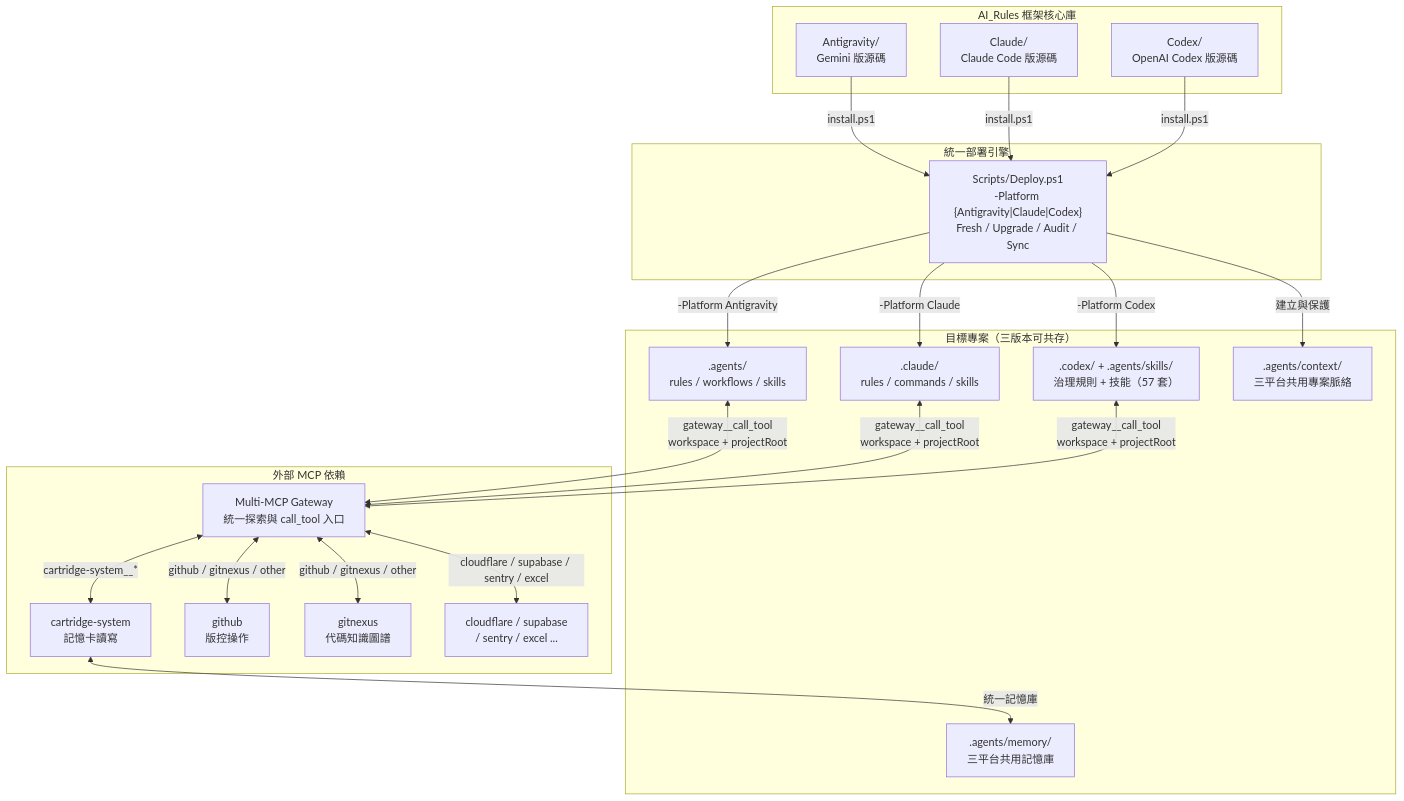
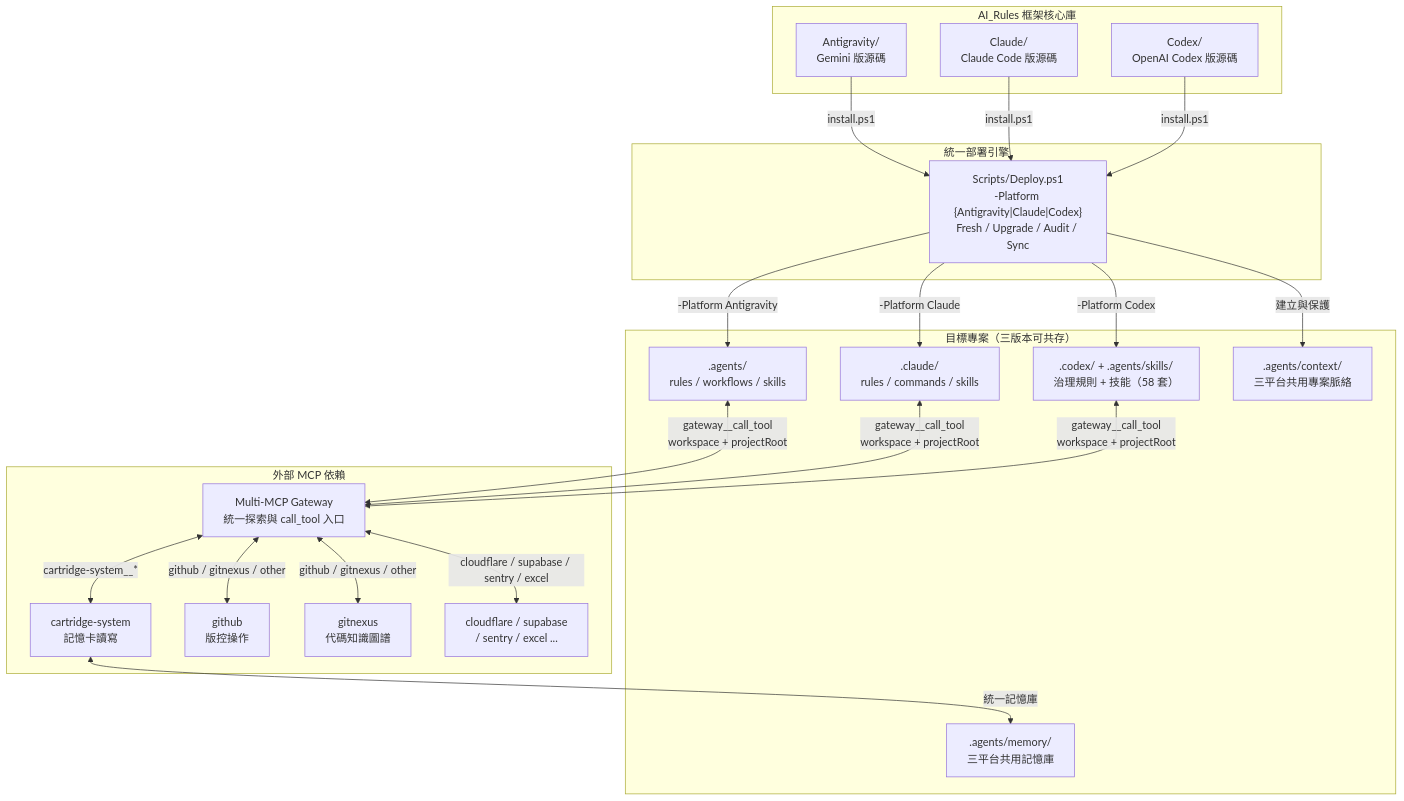
Before and after one commit to Kunshao1117/AI_Rules: the first of 3 diagrams in README.md, drawn with Mermaid. The commit also changed other lines of this file and 20 other files, not shown here.

````diff
--- a/README.md
+++ b/README.md
@@ -251,44 +253,44 @@
 ```mermaid
 graph TB
     subgraph "AI_Rules 框架核心庫"
         AG["Antigravity/<br/>Gemini 版源碼"]
         CL["Claude/<br/>Claude Code 版源碼"]
         CX["Codex/<br/>OpenAI Codex 版源碼"]
     end
 
     subgraph "統一部署引擎"
         DEPLOY["Scripts/Deploy.ps1<br/>-Platform {Antigravity|Claude|Codex}<br/>Fresh / Upgrade / Audit / Sync"]
     end
 
     subgraph "目標專案（三版本可共存）"
         AGE[".agents/<br/>rules / workflows / skills"]
         CLE[".claude/<br/>rules / commands / skills"]
-        CXE[".codex/ + .agents/skills/<br/>治理規則 + 技能（57 套）"]
+        CXE[".codex/ + .agents/skills/<br/>治理規則 + 技能（58 套）"]
         MEM[".agents/memory/<br/>三平台共用記憶庫"]
         CTX[".agents/context/<br/>三平台共用專案脈絡"]
     end
 
     subgraph "外部 MCP 依賴"
         GW["Multi-MCP Gateway<br/>統一探索與 call_tool 入口"]
         CART["cartridge-system<br/>記憶卡讀寫"]
         GH["github<br/>版控操作"]
         GN["gitnexus<br/>代碼知識圖譜"]
         OTHER["cloudflare / supabase<br/>/ sentry / excel ..."]
     end
 
     AG -->|"install.ps1"| DEPLOY
     CL -->|"install.ps1"| DEPLOY
     CX -->|"install.ps1"| DEPLOY
     DEPLOY -->|"-Platform Antigravity"| AGE
     DEPLOY -->|"-Platform Claude"| CLE
     DEPLOY -->|"-Platform Codex"| CXE
     AGE <-->|"gateway__call_tool<br/>workspace + projectRoot"| GW
     CLE <-->|"gateway__call_tool<br/>workspace + projectRoot"| GW
     CXE <-->|"gateway__call_tool<br/>workspace + projectRoot"| GW
     GW <-->|"cartridge-system__*"| CART
     GW <-->|"github / gitnexus / other"| GH
     GW <-->|"github / gitnexus / other"| GN
     GW <-->|"cloudflare / supabase / sentry / excel"| OTHER
     CART <-->|"統一記憶庫"| MEM
     DEPLOY -->|"建立與保護"| CTX
 ```
````
